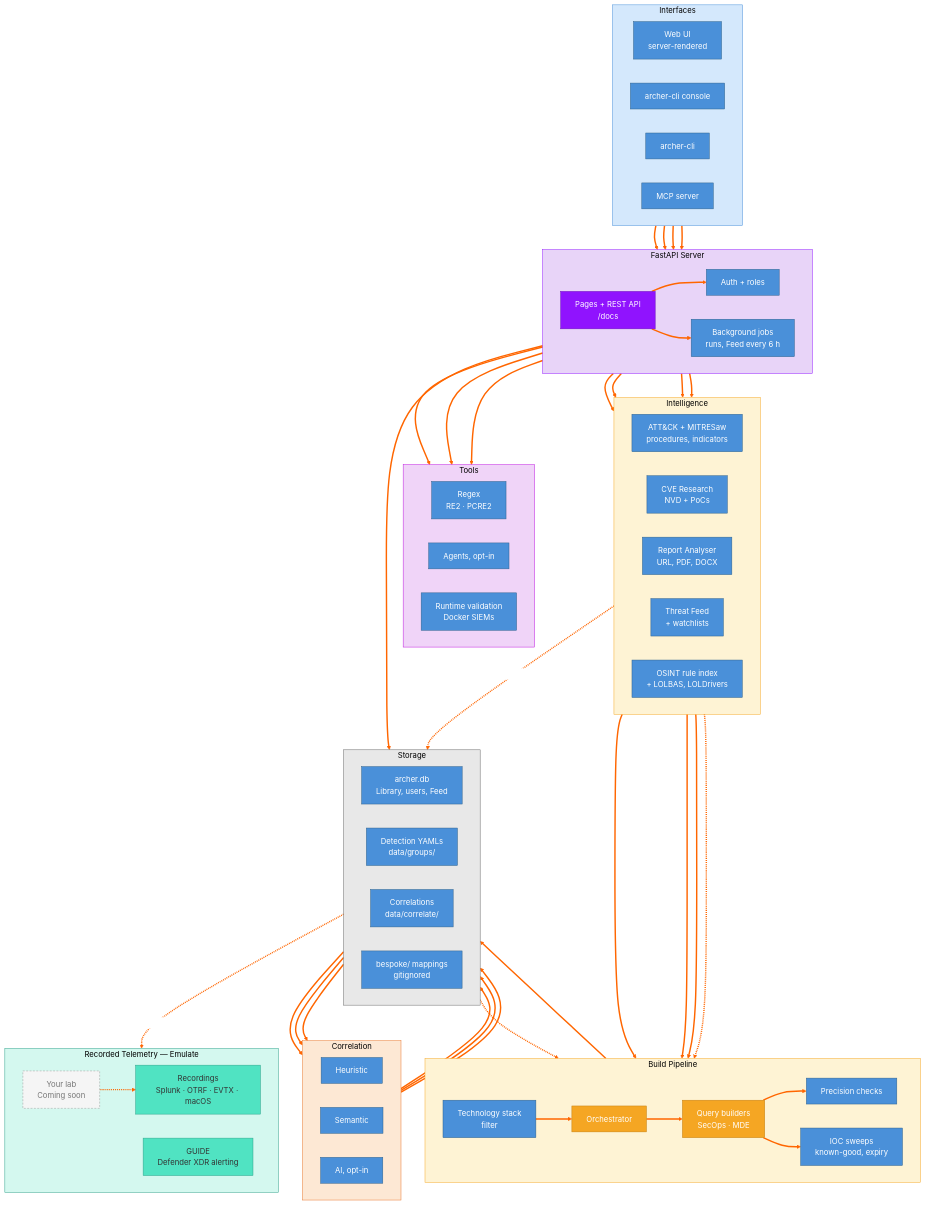
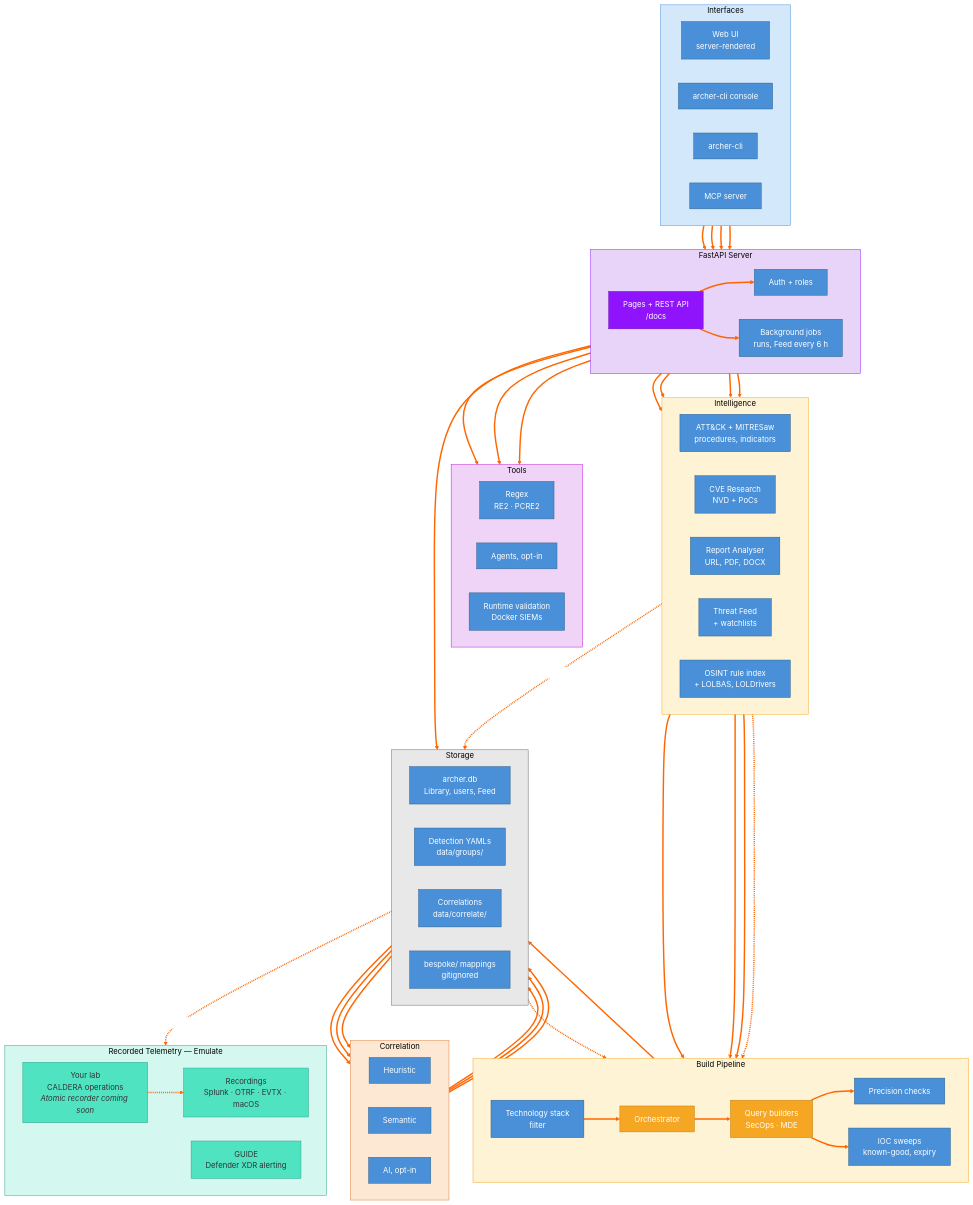
The sixth of 14 diagrams in docs/architecture/mermaid/MERMAID_DIAGRAMS.md (cmdaltr/shikari), drawn with Mermaid before and after one commit. The commit also changed other lines of this file and 12 other files, not shown here.

First line of the commit message:
docs(caldera): weave CALDERA through the architecture diagrams, guides and video

````diff
--- a/docs/architecture/mermaid/MERMAID_DIAGRAMS.md
+++ b/docs/architecture/mermaid/MERMAID_DIAGRAMS.md
@@ -408,7 +408,7 @@
         direction LR
         REC["Recordings<br/>Splunk · OTRF · EVTX · macOS"]
         GUIDE["GUIDE<br/>Defender XDR alerting"]
-        LAB["Your lab<br/>Coming soon"]
+        LAB["Your lab<br/>CALDERA operations<br/><i>Atomic recorder coming soon</i>"]
     end
 
     subgraph TOOLS ["Tools"]
@@ -456,6 +456,6 @@
     style BUILD fill:#f5a623,stroke:#c17d10,color:#fff
     style REC fill:#50e3c2,stroke:#2ca089,color:#333
     style GUIDE fill:#50e3c2,stroke:#2ca089,color:#333
-    style LAB fill:#f5f5f5,stroke:#999,stroke-dasharray:4 3,color:#777
+    style LAB fill:#50e3c2,stroke:#2ca089,color:#333
     linkStyle default stroke:#ff6600,stroke-width:3px
 ```
````
